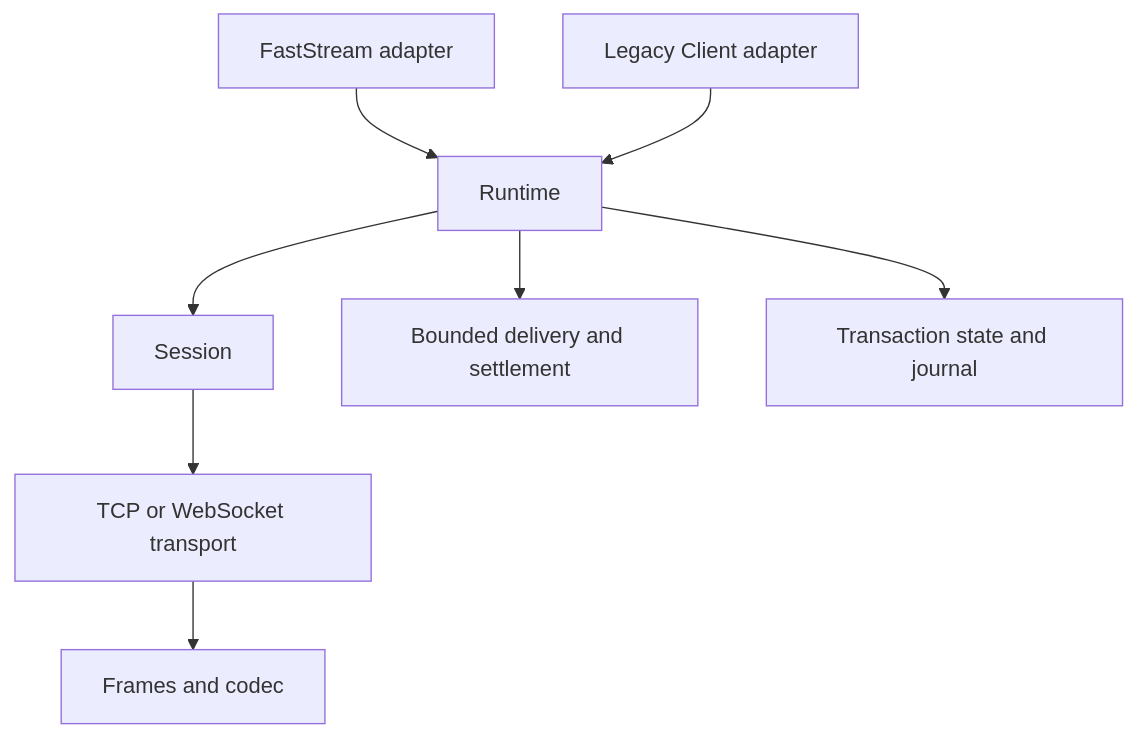
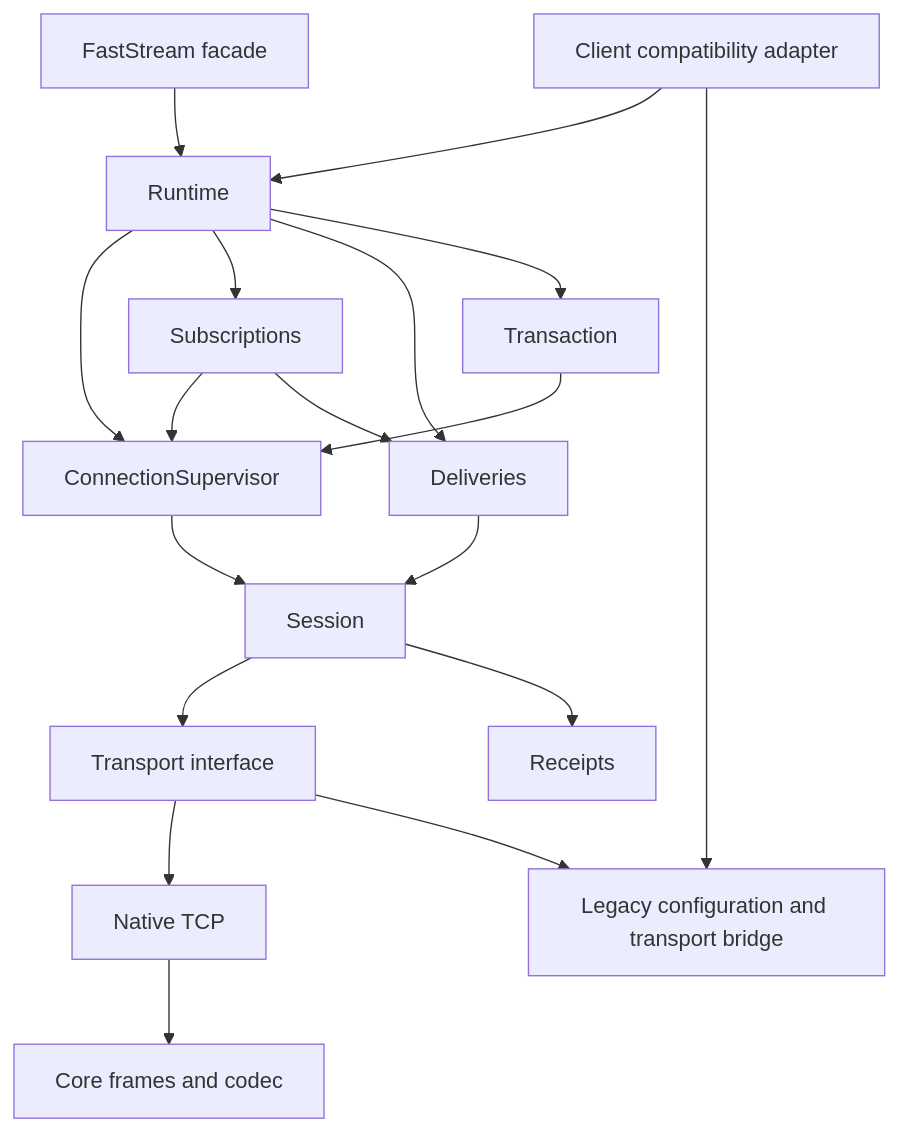
One commit to community-of-python/stompman changed the diagram in docs/session-core.md. Above: the diagram before and after it, drawn with Mermaid. The commit also changed other lines of this file and 41 other files, not shown here.

````diff
--- a/docs/session-core.md
+++ b/docs/session-core.md
@@ -8,10 +14,20 @@
 ```mermaid
 flowchart TD
-    FastStream[FastStream adapter] --> Runtime
-    Client[Legacy Client adapter] --> Runtime
-    Runtime --> Session
-    Runtime --> Delivery[Bounded delivery and settlement]
-    Runtime --> Transactions[Transaction state and journal]
-    Session --> Connection[TCP or WebSocket transport]
-    Connection --> Codec[Frames and codec]
+    FastStream[FastStream facade] --> Runtime
+    Client[Client compatibility adapter] --> Runtime
+    Client --> Compatibility[Legacy configuration and transport bridge]
+    Runtime --> Recovery[ConnectionSupervisor]
+    Runtime --> Subscriptions
+    Runtime --> Deliveries
+    Runtime --> Transaction
+    Subscriptions --> Recovery
+    Transaction --> Recovery
+    Subscriptions --> Deliveries
+    Recovery --> Session
+    Deliveries --> Session
+    Session --> Transport[Transport interface]
+    Transport --> TCP[Native TCP]
+    Transport --> Compatibility
+    Session --> Receipts
+    TCP --> Codec[Core frames and codec]
 ```
````
